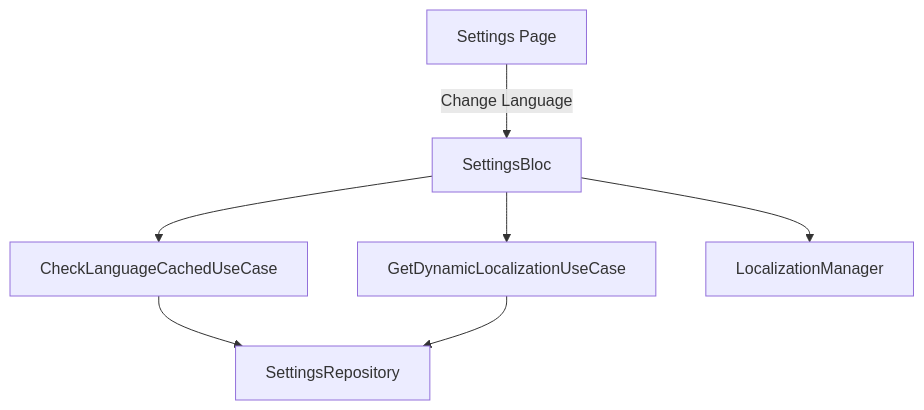
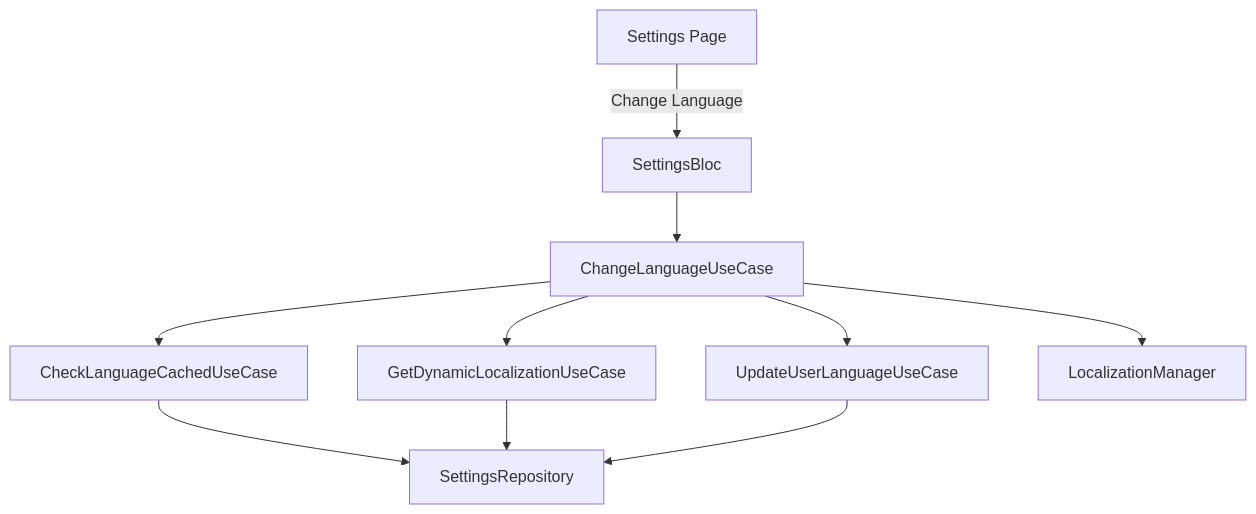
Before and after one commit to DanhDue/bloc_digital_wallet: the first of 3 diagrams in .devtool/epic/settings_bugfixes/settings_bugfixes.vi.md, drawn with Mermaid. The commit also changed other lines of this file and 15 other files, not shown here.

````diff
--- a/.devtool/epic/settings_bugfixes/settings_bugfixes.vi.md
+++ b/.devtool/epic/settings_bugfixes/settings_bugfixes.vi.md
@@ -26,10 +26,14 @@
 ```mermaid
 graph TD
     UI[Settings Page] -->|Change Language| B[SettingsBloc]
-    B --> UC1[CheckLanguageCachedUseCase]
-    B --> UC2[GetDynamicLocalizationUseCase]
-    B --> LM[LocalizationManager]
+    B --> UC[ChangeLanguageUseCase]
+    
+    UC --> UC1[CheckLanguageCachedUseCase]
+    UC --> UC2[GetDynamicLocalizationUseCase]
+    UC --> UC3[UpdateUserLanguageUseCase]
+    UC --> LM[LocalizationManager]
     
     UC1 --> REPO[SettingsRepository]
     UC2 --> REPO
+    UC3 --> REPO
 ```
````
